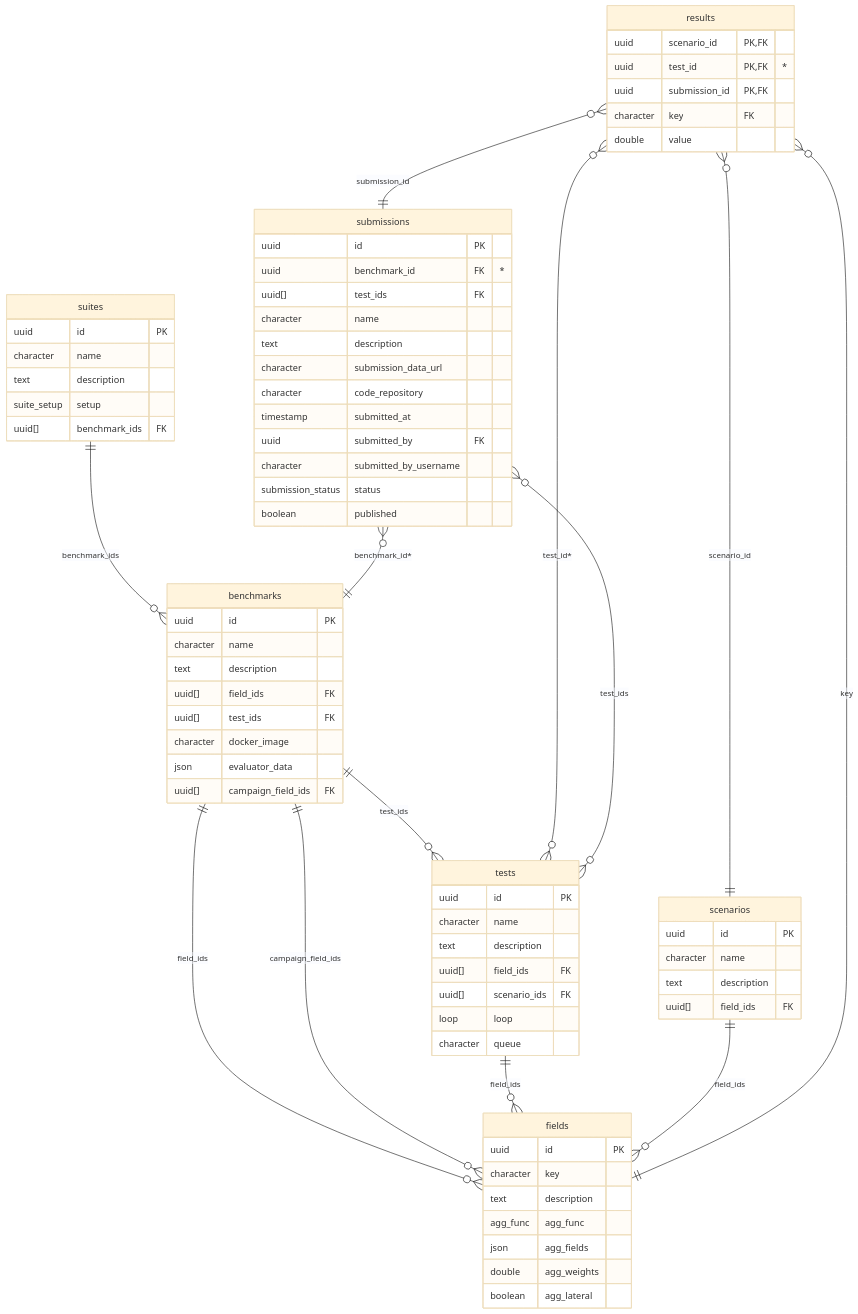
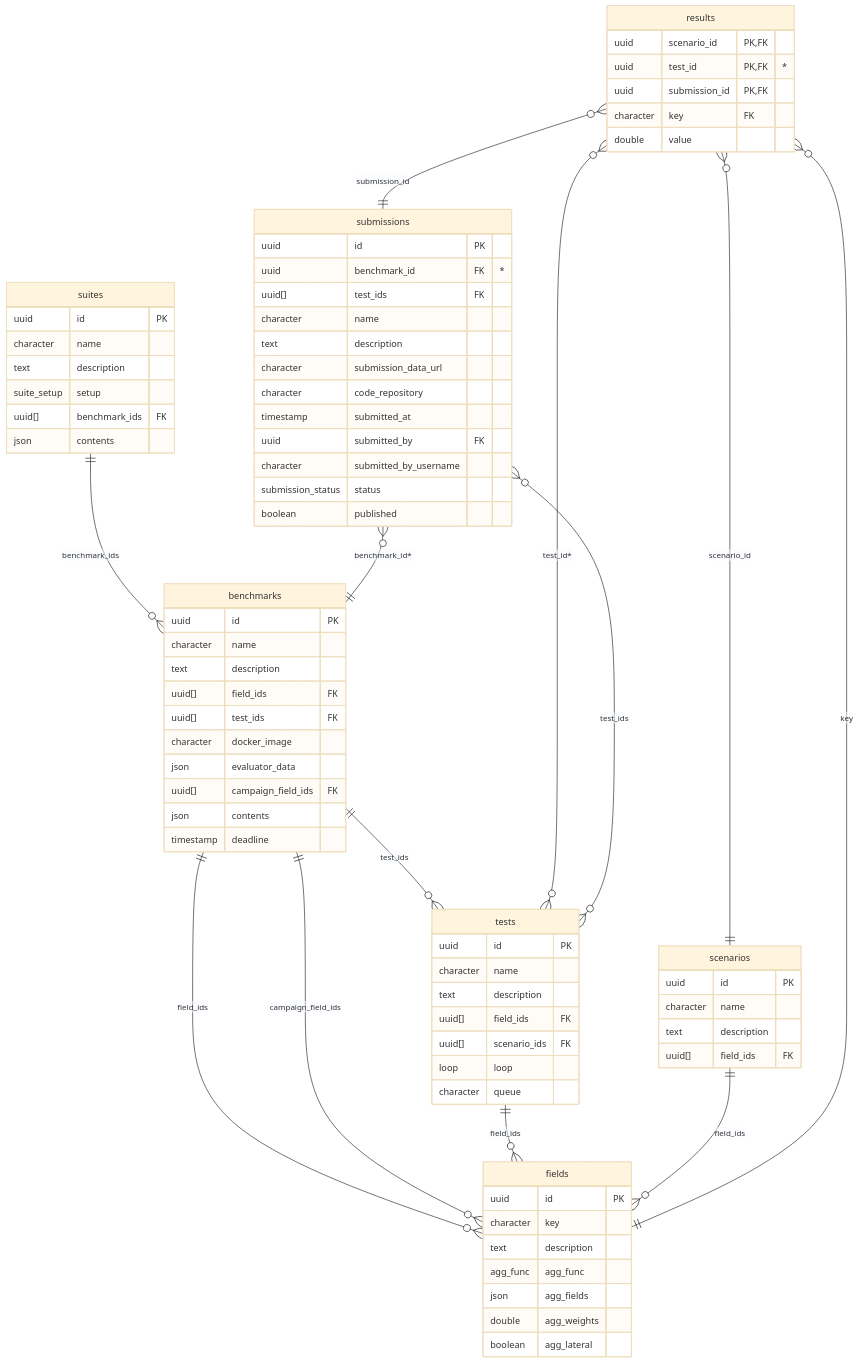
Before and after one commit to flatland-association/flatland-benchmarks: the second of 6 diagrams in docs/ARCHITECTURE.md, drawn with Mermaid (base theme). The commit also changed other lines of this file, not shown here.

```diff
--- a/docs/ARCHITECTURE.md
+++ b/docs/ARCHITECTURE.md
@@ -482,6 +482,7 @@
     text description
     suite_setup setup
     uuid[] benchmark_ids FK
+    json contents
   }
 
   benchmarks {
@@ -493,6 +494,8 @@
     character docker_image
     json evaluator_data
     uuid[] campaign_field_ids FK
+    json contents
+    timestamp deadline
   }
 
   tests {
```
